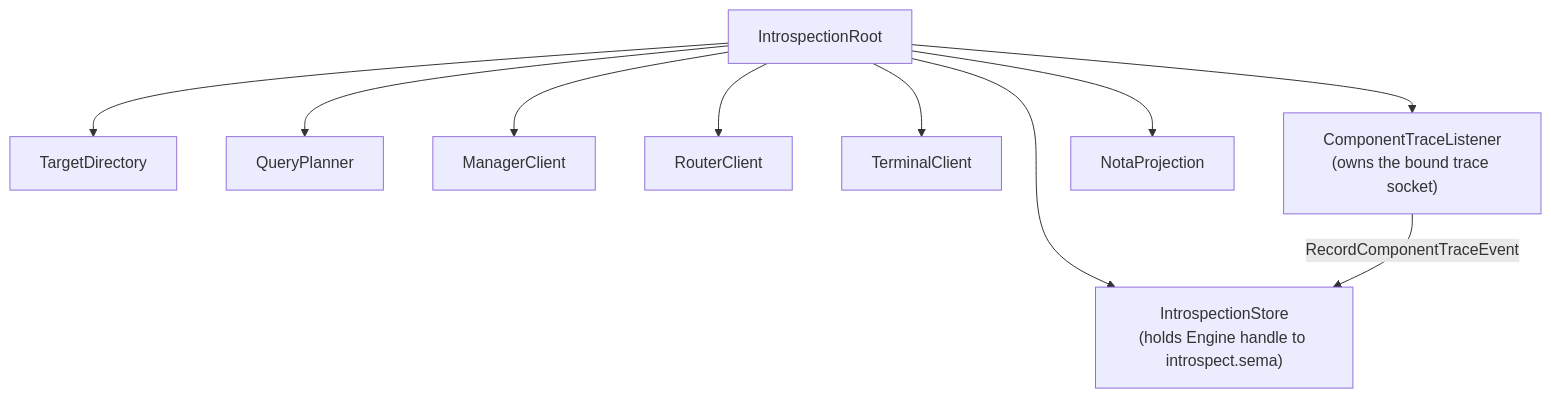
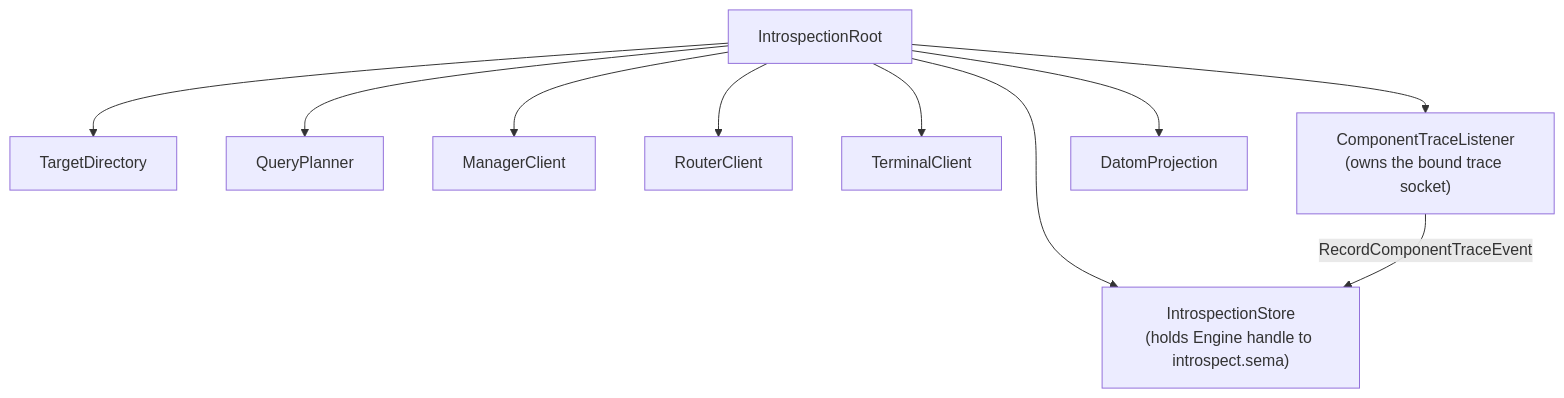
The diagram in ARCHITECTURE.md (LiGoldragon/introspect), drawn with Mermaid before and after one commit. The commit also changed other lines of this file and 34 other files, not shown here.

````diff
--- a/ARCHITECTURE.md
+++ b/ARCHITECTURE.md
@@ -148,22 +173,22 @@
 ```mermaid
 graph TD
     root["IntrospectionRoot"]
     directory["TargetDirectory"]
     planner["QueryPlanner"]
     manager["ManagerClient"]
     router["RouterClient"]
     terminal["TerminalClient"]
     trace["ComponentTraceListener<br/>(owns the bound trace socket)"]
     store["IntrospectionStore<br/>(holds Engine handle to introspect.sema)"]
-    projection["NotaProjection"]
+    projection["DatomProjection"]
 
     root --> directory
     root --> planner
     root --> manager
     root --> router
     root --> terminal
     root --> trace
     root --> store
     root --> projection
     trace -->|RecordComponentTraceEvent| store
 ```
````
